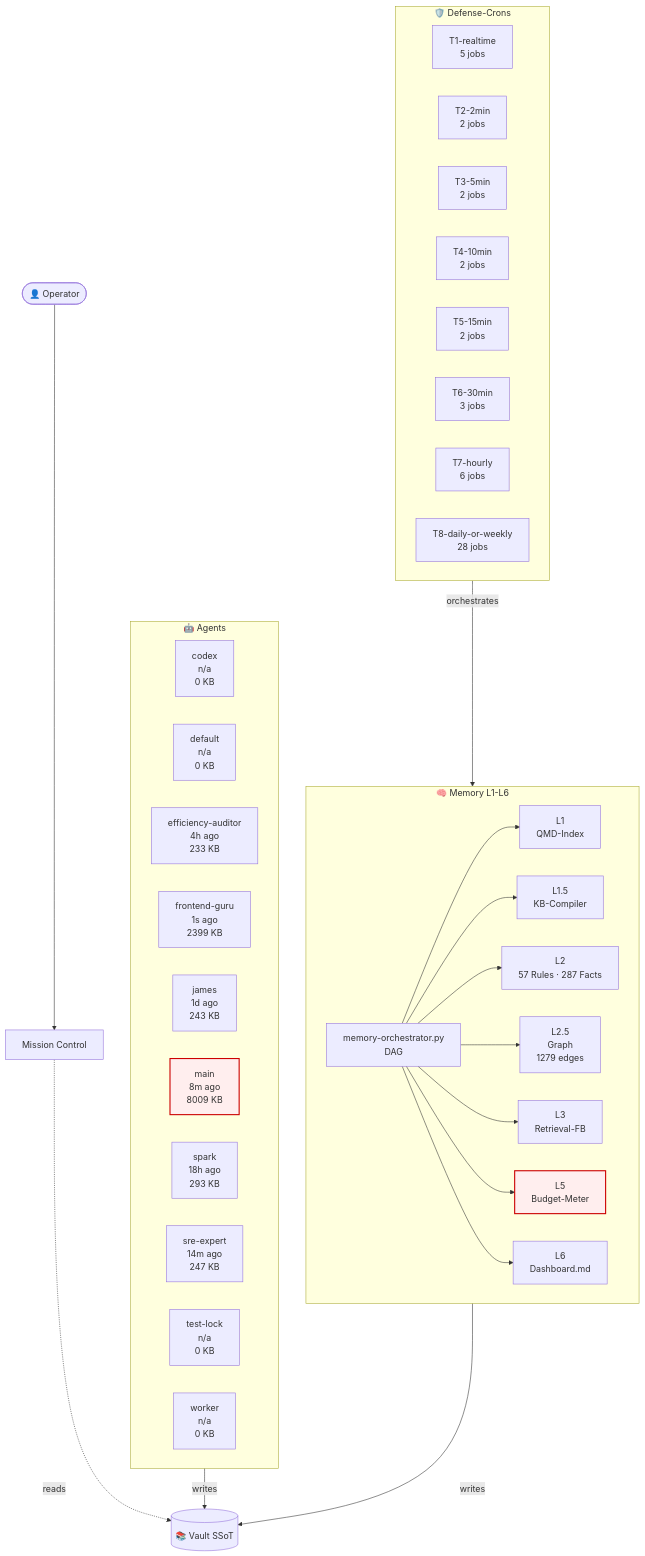
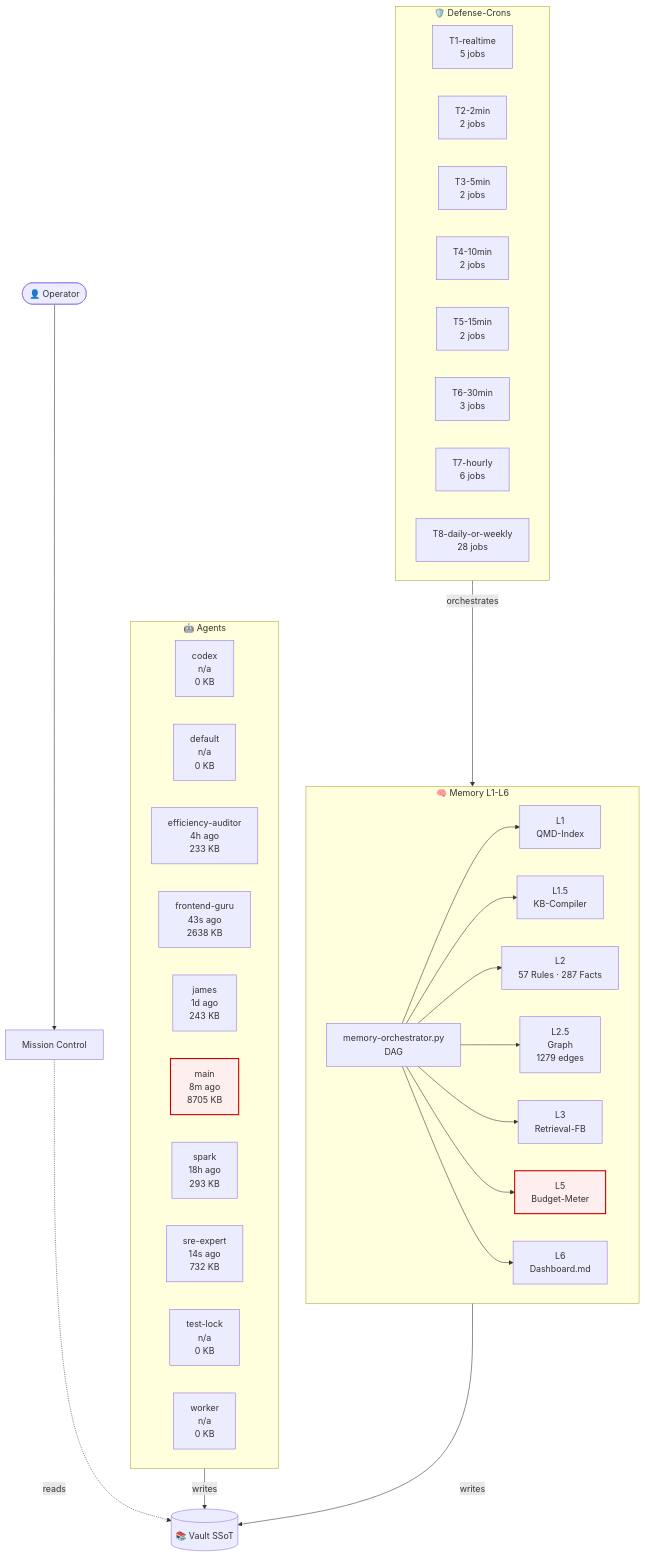
Before and after one commit to lenardhuebner88-rgb/openclaw-memory: the diagram in 03-Agents/architecture-live.md, drawn with Mermaid. The commit also changed other lines of this file and 8 other files, not shown here.

````diff
--- a/03-Agents/architecture-live.md
+++ b/03-Agents/architecture-live.md
@@ -18,53 +18,53 @@
 ```mermaid
 flowchart TB
     classDef critical fill:#fee,stroke:#c00,stroke-width:2px;
     subgraph AGT["🤖 Agents"]
         agent_codex["codex<br/>n/a<br/>0 KB"]
         agent_default["default<br/>n/a<br/>0 KB"]
         agent_efficiency_auditor["efficiency-auditor<br/>4h ago<br/>233 KB"]
-        agent_frontend_guru["frontend-guru<br/>1s ago<br/>2399 KB"]
+        agent_frontend_guru["frontend-guru<br/>43s ago<br/>2638 KB"]
         agent_james["james<br/>1d ago<br/>243 KB"]
-        agent_main["main<br/>8m ago<br/>8009 KB"]
+        agent_main["main<br/>8m ago<br/>8705 KB"]
         agent_spark["spark<br/>18h ago<br/>293 KB"]
-        agent_sre_expert["sre-expert<br/>14m ago<br/>247 KB"]
+        agent_sre_expert["sre-expert<br/>14s ago<br/>732 KB"]
         agent_test_lock["test-lock<br/>n/a<br/>0 KB"]
         agent_worker["worker<br/>n/a<br/>0 KB"]
     end
     subgraph MEM["🧠 Memory L1-L6"]
         L1["L1<br/>QMD-Index"]
         L15["L1.5<br/>KB-Compiler"]
         L2["L2<br/>57 Rules · 287 Facts"]
         L25["L2.5<br/>Graph<br/>1279 edges"]
         L3["L3<br/>Retrieval-FB"]
         L5["L5<br/>Budget-Meter"]
         L6["L6<br/>Dashboard.md"]
         ORCH["memory-orchestrator.py<br/>DAG"]
     end
     subgraph CRN["🛡️ Defense-Crons"]
         tier_T1_realtime["T1-realtime<br/>5 jobs"]
         tier_T2_2min["T2-2min<br/>2 jobs"]
         tier_T3_5min["T3-5min<br/>2 jobs"]
         tier_T4_10min["T4-10min<br/>2 jobs"]
         tier_T5_15min["T5-15min<br/>2 jobs"]
         tier_T6_30min["T6-30min<br/>3 jobs"]
         tier_T7_hourly["T7-hourly<br/>6 jobs"]
         tier_T8_daily_or_weekly["T8-daily-or-weekly<br/>28 jobs"]
     end
     VAULT[("📚 Vault SSoT")]
     OP([👤 Operator])
     MC["Mission Control"]
     OP --> MC
     MC -.reads.-> VAULT
     AGT -->|writes| VAULT
     MEM -->|writes| VAULT
     ORCH --> L1
     ORCH --> L15
     ORCH --> L2
     ORCH --> L25
     ORCH --> L3
     ORCH --> L5
     ORCH --> L6
     CRN -->|orchestrates| MEM
     class L5 critical
     class agent_main critical
 ```
````
